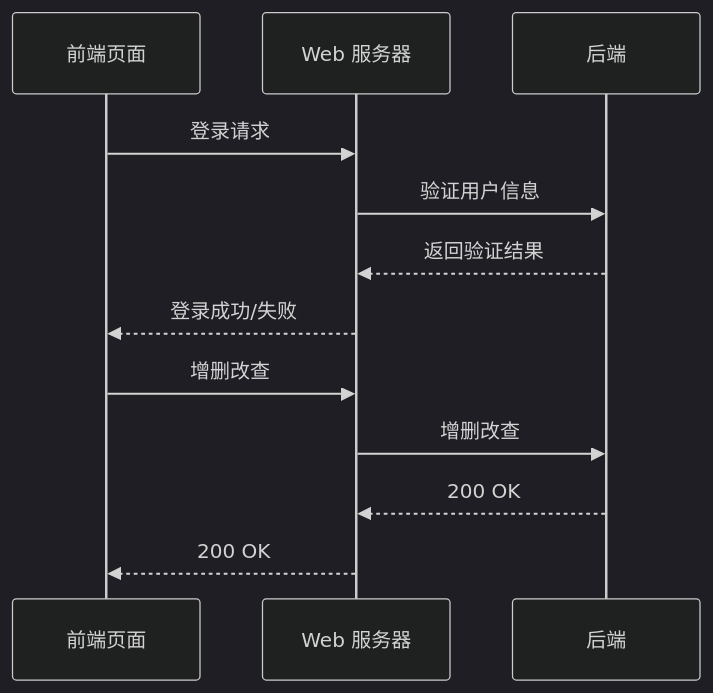
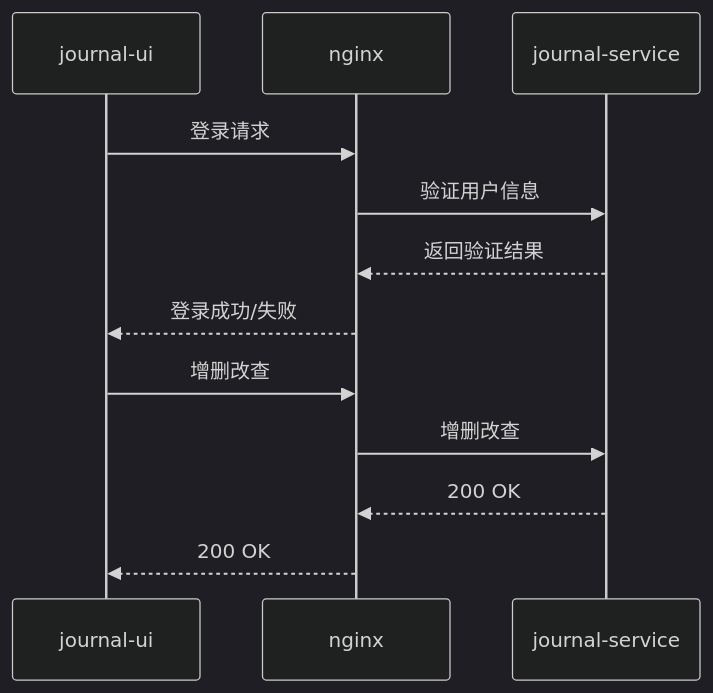
The diagram in README.md (wuxiangege/journal-ui), drawn with Mermaid (dark theme) before and after one commit.

Commit message:
更新readme文档

````diff
--- a/README.md
+++ b/README.md
@@ -14,15 +14,15 @@
 ```mermaid
 sequenceDiagram
-    participant A as 前端页面
-    participant B as Web 服务器
-    participant C as 后端
+    participant A as journal-ui
+    participant B as nginx
+    participant C as journal-service
     
     A->>B: 登录请求
     B->>C: 验证用户信息
     C-->>B: 返回验证结果
     B-->>A: 登录成功/失败
     A->>B: 增删改查
     B->>C: 增删改查
     C-->>B: 200 OK
     B-->>A: 200 OK
 ```
````
